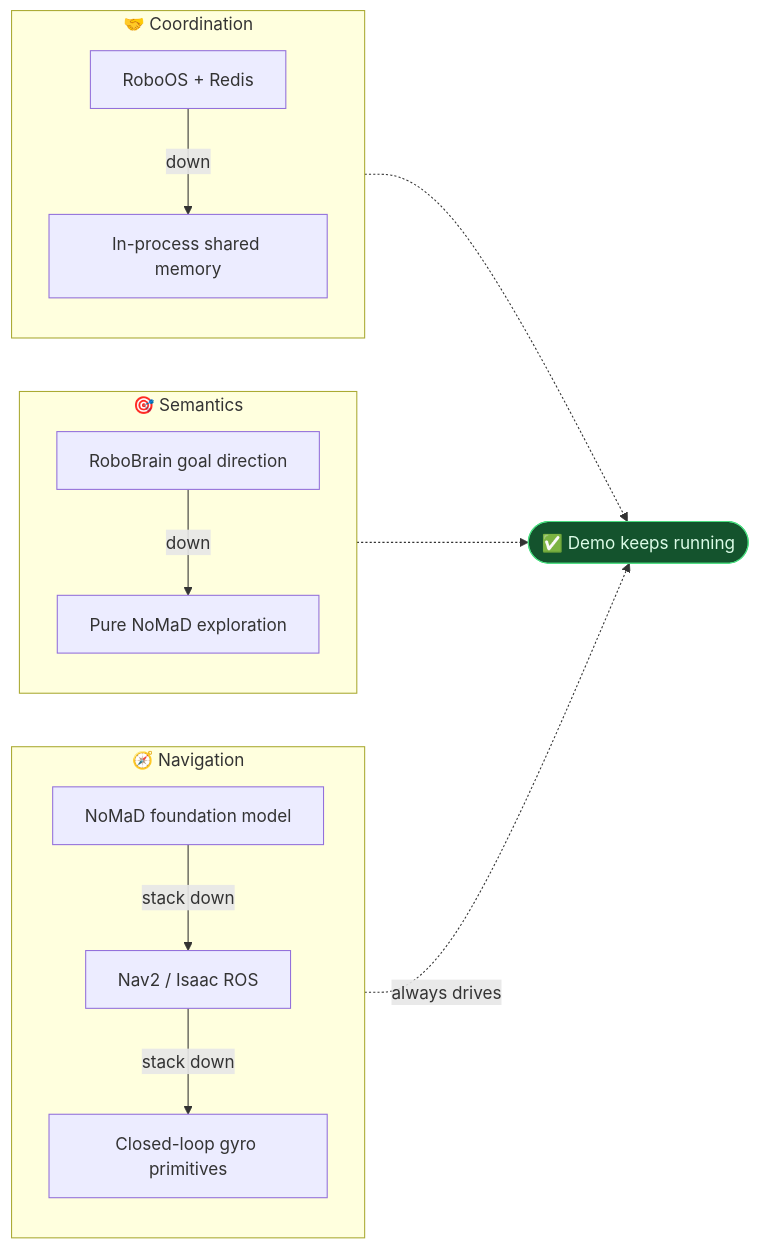
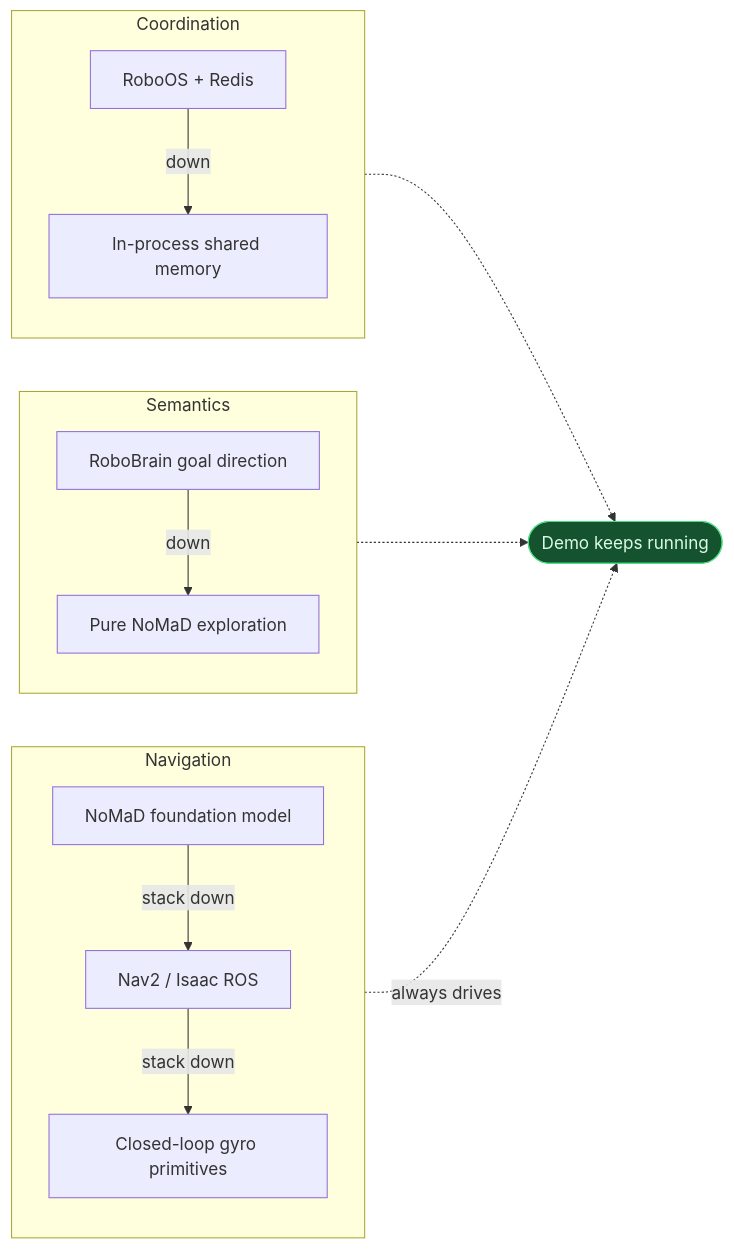
The third of 4 diagrams in ROBOTICS.md (0xSoftBoi/onchain-rover-solana), drawn with Mermaid before and after one commit. The commit also changed other lines of this file and 31 other files, not shown here.

Commit message:
Update Clanker500 docs and show flow

````diff
--- a/ROBOTICS.md
+++ b/ROBOTICS.md
@@ -73,20 +86,20 @@
 ```mermaid
 flowchart LR
-    subgraph NAV["🧭 Navigation"]
+    subgraph NAV["Navigation"]
       direction TB
       n1["NoMaD foundation model"] -->|stack down| n2["Nav2 / Isaac ROS"] -->|stack down| n3["Closed-loop gyro primitives"]
     end
-    subgraph SEM["🎯 Semantics"]
+    subgraph SEM["Semantics"]
       direction TB
       s1["RoboBrain goal direction"] -->|down| s2["Pure NoMaD exploration"]
     end
-    subgraph COORD["🤝 Coordination"]
+    subgraph COORD["Coordination"]
       direction TB
       c1["RoboOS + Redis"] -->|down| c2["In-process shared memory"]
     end
-    n3 -.->|always drives| OK(["✅ Demo keeps running"])
+    n3 -.->|always drives| OK(["Demo keeps running"])
     s2 -.-> OK
     c2 -.-> OK
     classDef good fill:#14532d,stroke:#4ade80,color:#dcfce7;
     class OK good;
 ```
````
